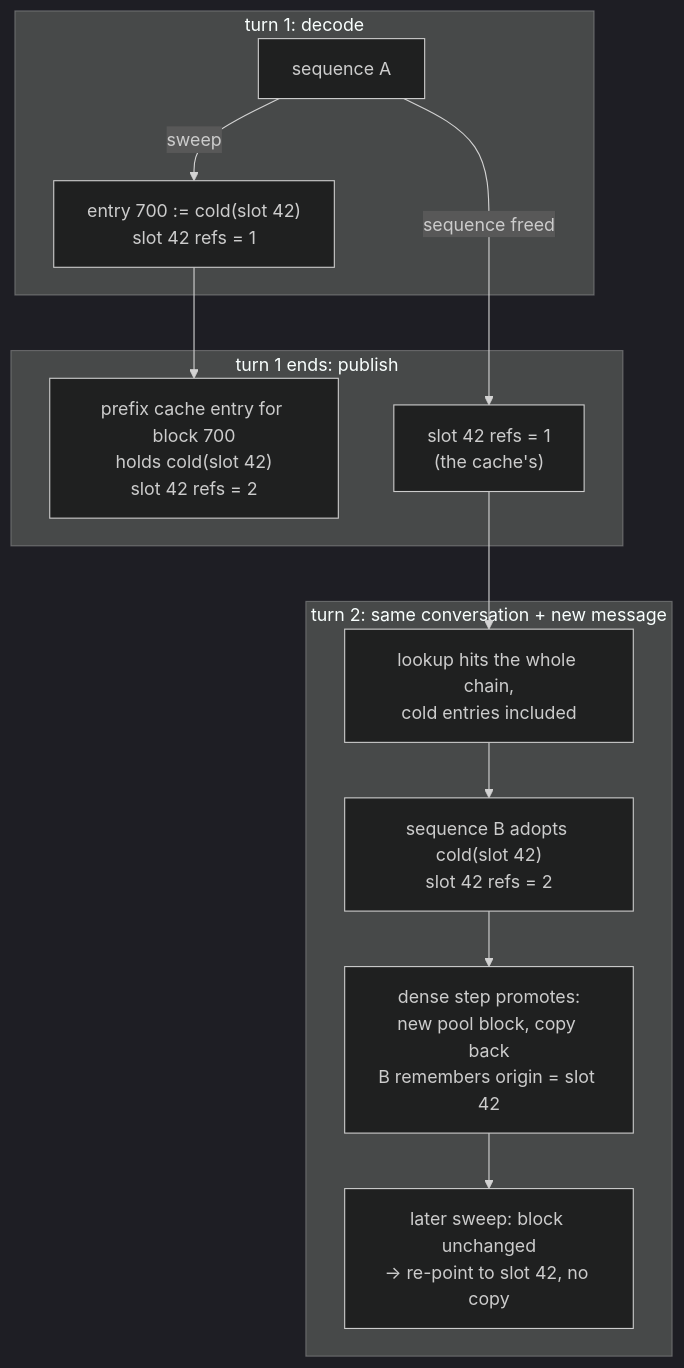
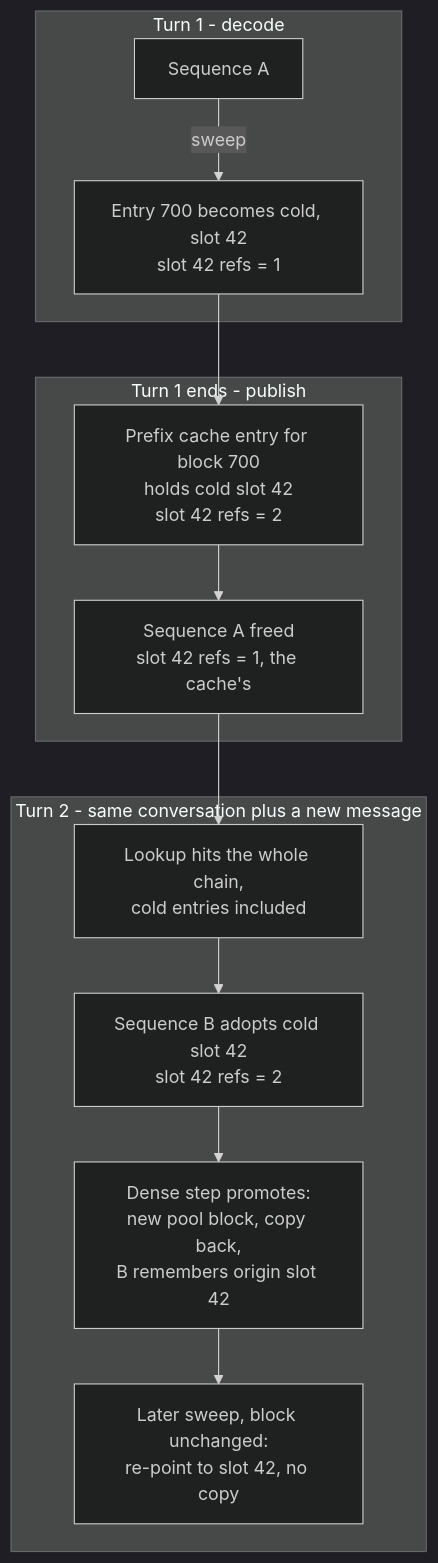
Before and after one commit to Code000-211/RadianceMemory: the fifth of 6 diagrams in README.md, drawn with Mermaid (dark theme).

Commit message:
README: the prefix-cache diagram renders on GitHub
Its subgraph titles and labels carried colons and parentheses unquoted, and an
edge crossed into another subgraph from inside it; the renderer gave up. Every
label is quoted now and the edges are declared after the subgraphs.

````diff
--- a/README.md
+++ b/README.md
@@ -248,16 +248,24 @@
 ```mermaid
 flowchart TB
-    subgraph turn1 [turn 1: decode]
-        T1[sequence A] -->|sweep| C1["entry 700 := cold(slot 42)<br/>slot 42 refs = 1"]
+    subgraph S1["Turn 1 - decode"]
+        A1["Sequence A"]
+        C1["Entry 700 becomes cold, slot 42<br/>slot 42 refs = 1"]
     end
-    subgraph publish [turn 1 ends: publish]
-        C1 --> PC["prefix cache entry for block 700<br/>holds cold(slot 42)<br/>slot 42 refs = 2"]
-        T1 -->|sequence freed| R1["slot 42 refs = 1<br/>(the cache's)"]
+    subgraph S2["Turn 1 ends - publish"]
+        PC["Prefix cache entry for block 700<br/>holds cold slot 42<br/>slot 42 refs = 2"]
+        R1["Sequence A freed<br/>slot 42 refs = 1, the cache's"]
     end
-    subgraph turn2 [turn 2: same conversation + new message]
-        L[lookup hits the whole chain,<br/>cold entries included] --> AD["sequence B adopts cold(slot 42)<br/>slot 42 refs = 2"]
-        AD --> PR["dense step promotes:<br/>new pool block, copy back<br/>B remembers origin = slot 42"]
-        PR --> RD["later sweep: block unchanged<br/>→ re-point to slot 42, no copy"]
+    subgraph S3["Turn 2 - same conversation plus a new message"]
+        L["Lookup hits the whole chain,<br/>cold entries included"]
+        AD["Sequence B adopts cold slot 42<br/>slot 42 refs = 2"]
+        PR["Dense step promotes:<br/>new pool block, copy back,<br/>B remembers origin slot 42"]
+        RD["Later sweep, block unchanged:<br/>re-point to slot 42, no copy"]
     end
+    A1 -->|sweep| C1
+    C1 --> PC
+    PC --> R1
     R1 --> L
+    L --> AD
+    AD --> PR
+    PR --> RD
 ```
````
